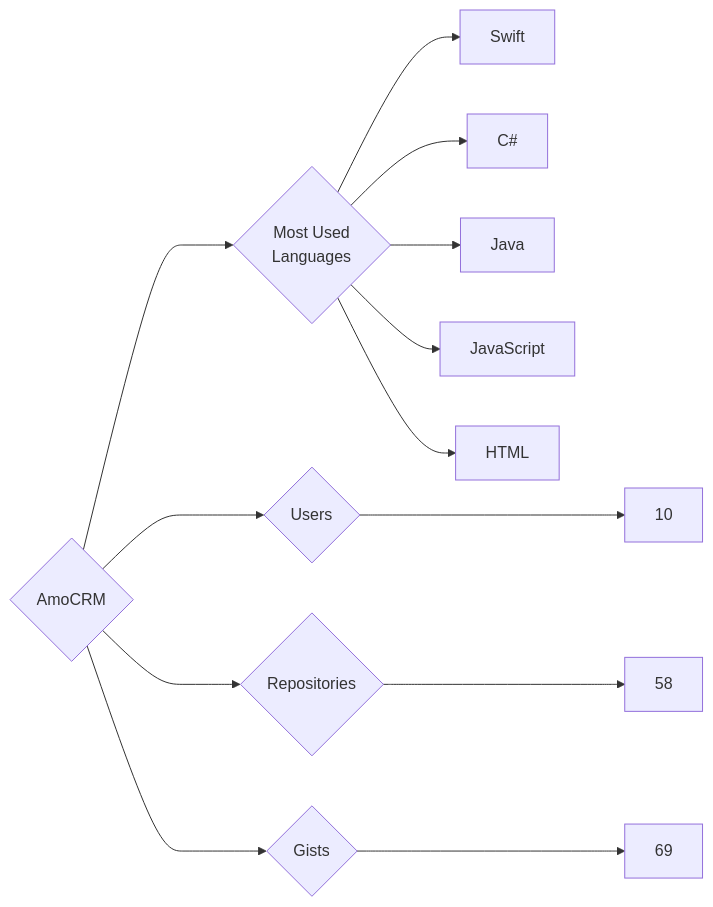
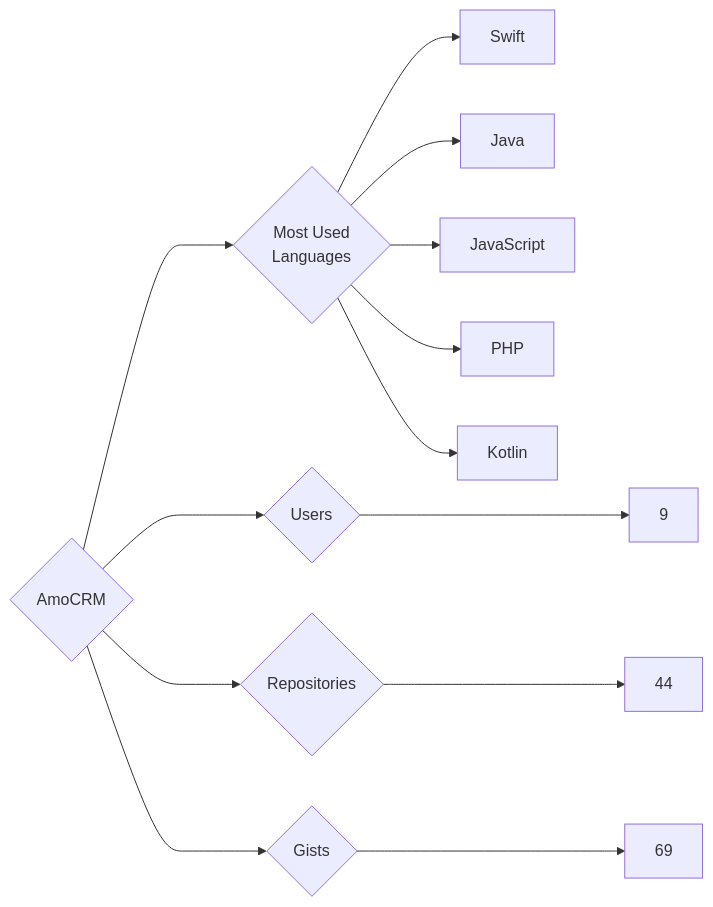
Before and after one commit to trickest/insiders: the diagram in targets/AmoCRM/README.md, drawn with Mermaid. The commit also changed 1030 other files, not shown here.

````diff
--- a/targets/AmoCRM/README.md
+++ b/targets/AmoCRM/README.md
@@ -3,13 +3,13 @@
 ```mermaid
 graph LR
 COMPANY_NAME{AmoCRM}
-COMPANY_NAME ---> U{Users} ---> UN[10]
-COMPANY_NAME ---> R{Repositories} ---> RN[58]
+COMPANY_NAME ---> U{Users} ---> UN[9]
+COMPANY_NAME ---> R{Repositories} ---> RN[44]
 COMPANY_NAME ---> G{Gists} ---> GN[69]
 COMPANY_NAME ---> ML{Most Used<br>Languages}
 ML --> Swift[Swift]
-ML --> C#[C#]
 ML --> Java[Java]
 ML --> JavaScript[JavaScript]
-ML --> HTML[HTML]
+ML --> PHP[PHP]
+ML --> Kotlin[Kotlin]
 ```
````
